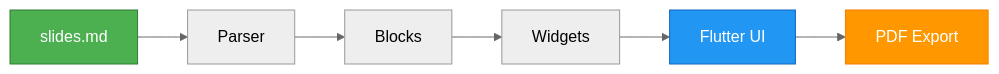
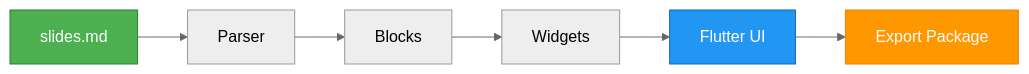
Before and after one commit to btwld/superdeck: the diagram in demo/showcase.md, drawn with Mermaid (neutral theme). The commit also changed other lines of this file and 6 other files, not shown here.

Commit message:
docs: document PDF as separate package

````diff
--- a/demo/showcase.md
+++ b/demo/showcase.md
@@ -202,12 +202,12 @@
 ```mermaid
 flowchart LR
     A["slides.md"] --> B["Parser"]
     B --> C["Blocks"]
     C --> D["Widgets"]
     D --> E["Flutter UI"]
-    E --> F["PDF Export"]
+    E --> F["Export Package"]
 
     style A fill:#4CAF50,stroke:#2E7D32,color:#fff
     style E fill:#2196F3,stroke:#1565C0,color:#fff
     style F fill:#FF9800,stroke:#F57C00,color:#fff
 ```
````
